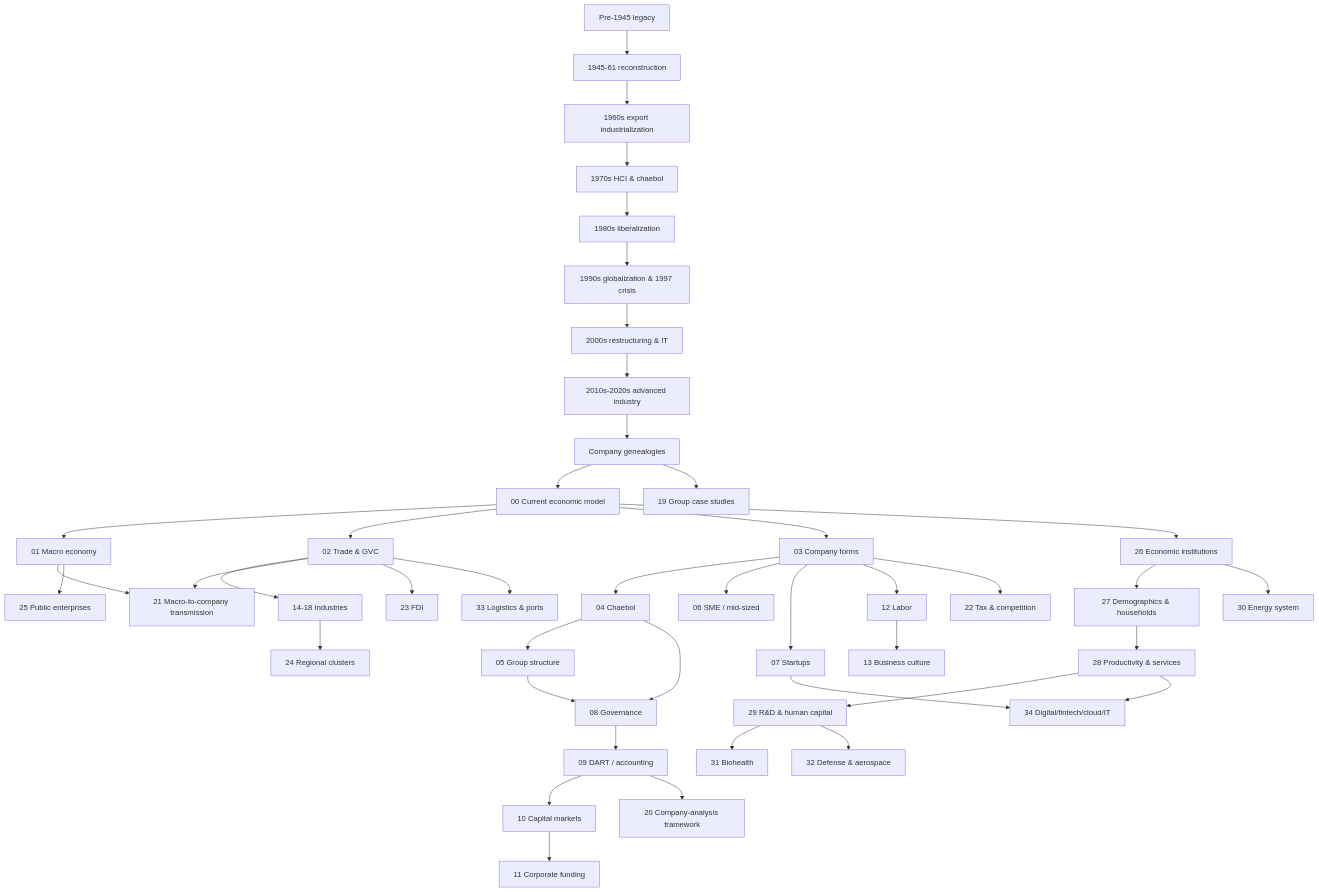
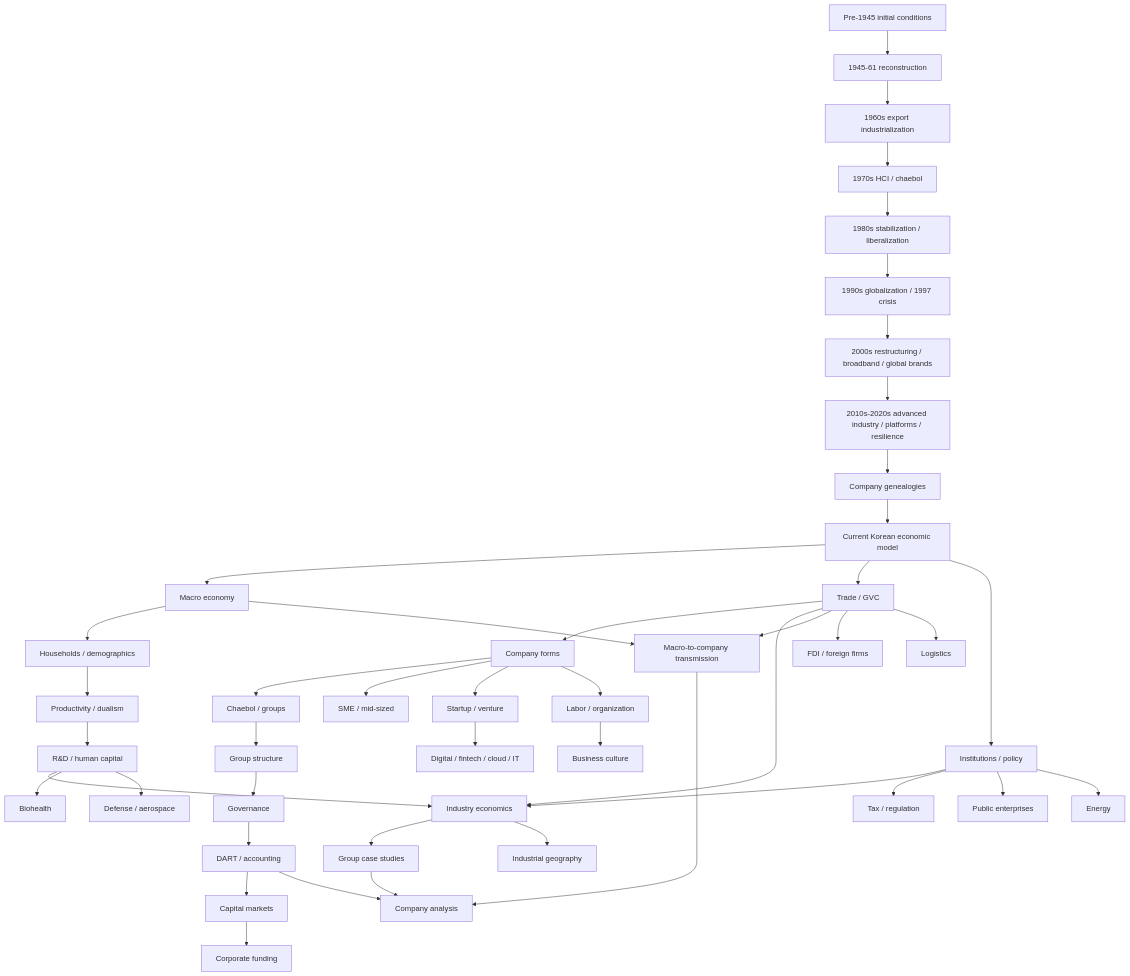
Before and after one commit to hunggtham/learning-docs: the diagram in korea_business_economy_knowledge_library/README.md, drawn with Mermaid. The commit also changed other lines of this file, not shown here.

````diff
--- a/korea_business_economy_knowledge_library/README.md
+++ b/korea_business_economy_knowledge_library/README.md
@@ -60,45 +212,56 @@
 ```mermaid
 graph TD
-    H0[Pre-1945 legacy] --> H1[1945-61 reconstruction]
+    H0[Pre-1945 initial conditions] --> H1[1945-61 reconstruction]
     H1 --> H2[1960s export industrialization]
-    H2 --> H3[1970s HCI & chaebol]
-    H3 --> H4[1980s liberalization]
-    H4 --> H5[1990s globalization & 1997 crisis]
-    H5 --> H6[2000s restructuring & IT]
-    H6 --> H7[2010s-2020s advanced industry]
-    H7 --> H8[Company genealogies]
-    H8 --> A[00 Current economic model]
-    A --> B[01 Macro economy]
-    A --> C[02 Trade & GVC]
-    A --> D[03 Company forms]
-    D --> E[04 Chaebol]
-    E --> F[05 Group structure]
-    D --> G[06 SME / mid-sized]
-    D --> S[07 Startups]
-    E --> I[08 Governance]
-    F --> I
-    I --> J[09 DART / accounting]
-    J --> K[10 Capital markets]
-    K --> L[11 Corporate funding]
-    D --> M[12 Labor]
-    M --> N[13 Business culture]
-    C --> O[14-18 Industries]
-    H8 --> P[19 Group case studies]
-    J --> Q[20 Company-analysis framework]
-    B --> R[21 Macro-to-company transmission]
-    C --> R
-    D --> T[22 Tax & competition]
-    C --> U[23 FDI]
-    O --> V[24 Regional clusters]
-    B --> W[25 Public enterprises]
-    A --> X[26 Economic institutions]
-    X --> Y[27 Demographics & households]
-    Y --> Z[28 Productivity & services]
-    Z --> AA[29 R&D & human capital]
-    X --> AB[30 Energy system]
-    AA --> AC[31 Biohealth]
-    AA --> AD[32 Defense & aerospace]
-    C --> AE[33 Logistics & ports]
-    S --> AF[34 Digital/fintech/cloud/IT]
-    Z --> AF
+    H2 --> H3[1970s HCI / chaebol]
+    H3 --> H4[1980s stabilization / liberalization]
+    H4 --> H5[1990s globalization / 1997 crisis]
+    H5 --> H6[2000s restructuring / broadband / global brands]
+    H6 --> H7[2010s-2020s advanced industry / platforms / resilience]
+    H7 --> HG[Company genealogies]
+
+    HG --> A[Current Korean economic model]
+    A --> M[Macro economy]
+    A --> T[Trade / GVC]
+    A --> INST[Institutions / policy]
+
+    M --> HH[Households / demographics]
+    HH --> PROD[Productivity / dualism]
+    PROD --> RD[R&D / human capital]
+
+    T --> CF[Company forms]
+    CF --> CH[Chaebol / groups]
+    CF --> SME[SME / mid-sized]
+    CF --> START[Startup / venture]
+
+    CH --> GS[Group structure]
+    GS --> GOV[Governance]
+    GOV --> DISC[DART / accounting]
+    DISC --> CM[Capital markets]
+    CM --> FUND[Corporate funding]
+
+    CF --> LAB[Labor / organization]
+    LAB --> CULT[Business culture]
+
+    T --> IND[Industry economics]
+    RD --> IND
+    INST --> IND
+
+    IND --> CASE[Group case studies]
+    DISC --> ANALYZE[Company analysis]
+    M --> TRANS[Macro-to-company transmission]
+    T --> TRANS
+    CASE --> ANALYZE
+    TRANS --> ANALYZE
+
+    INST --> REG[Tax / regulation]
+    T --> FDI[FDI / foreign firms]
+    IND --> GEO[Industrial geography]
+    INST --> PUB[Public enterprises]
+
+    INST --> ENERGY[Energy]
+    RD --> BIO[Biohealth]
+    RD --> DEF[Defense / aerospace]
+    T --> LOG[Logistics]
+    START --> DIGI[Digital / fintech / cloud / IT]
 ```
````
